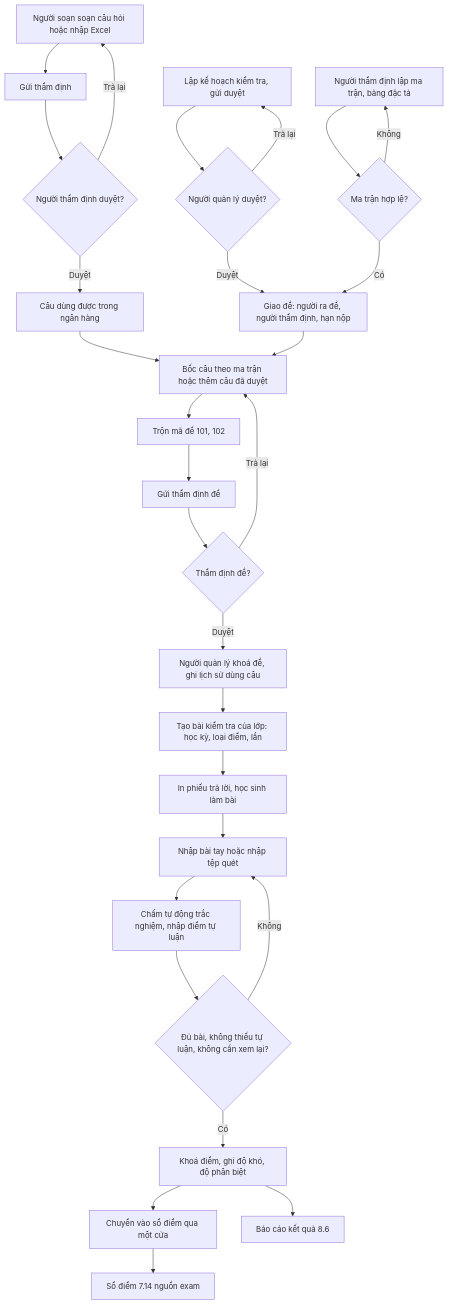
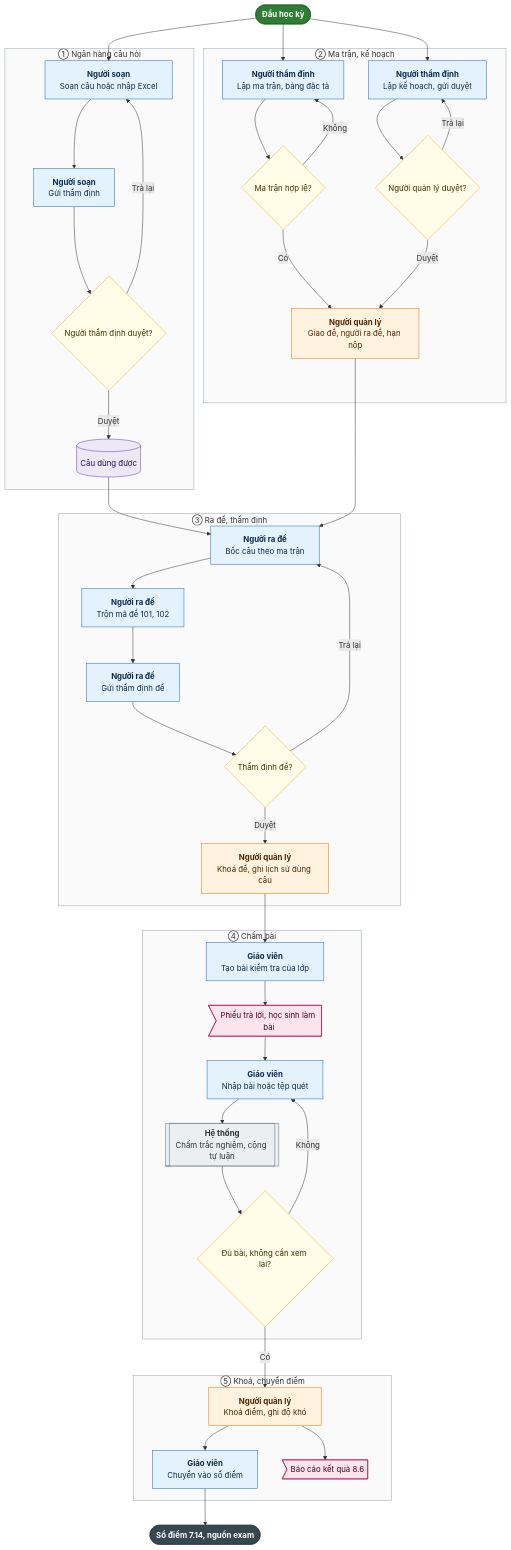
One commit to luckyshopvn/school_management changed diagram 13 of 17 in tai_lieu/34_TONG_HOP_CHUC_NANG_HE_THONG/03_DAY_HOC_VA_KIEM_TRA_DANH_GIA.md. Above: the diagram before and after it, drawn with Mermaid. The commit also changed other lines of this file and 8 other files, not shown here.

First line of the commit message:
Tài liệu 34: vẽ lại toàn bộ sơ đồ cho trực quan, thêm bản PDF gộp

````diff
--- a/tai_lieu/34_TONG_HOP_CHUC_NANG_HE_THONG/03_DAY_HOC_VA_KIEM_TRA_DANH_GIA.md
+++ b/tai_lieu/34_TONG_HOP_CHUC_NANG_HE_THONG/03_DAY_HOC_VA_KIEM_TRA_DANH_GIA.md
@@ -549,30 +910,84 @@
 ```mermaid
 flowchart TD
-    A["Người soạn soạn câu hỏi hoặc nhập Excel"] --> B["Gửi thẩm định"]
-    B --> C{"Người thẩm định duyệt?"}
-    C -->|"Trả lại"| A
-    C -->|"Duyệt"| D["Câu dùng được trong ngân hàng"]
-    E["Người thẩm định lập ma trận, bảng đặc tả"] --> F{"Ma trận hợp lệ?"}
-    F -->|"Không"| E
-    G["Lập kế hoạch kiểm tra, gửi duyệt"] --> H{"Người quản lý duyệt?"}
-    H -->|"Trả lại"| G
-    H -->|"Duyệt"| I["Giao đề: người ra đề, người thẩm định, hạn nộp"]
-    F -->|"Có"| I
-    D --> J["Bốc câu theo ma trận hoặc thêm câu đã duyệt"]
-    I --> J
-    J --> K["Trộn mã đề 101, 102"]
-    K --> L["Gửi thẩm định đề"]
-    L --> M{"Thẩm định đề?"}
-    M -->|"Trả lại"| J
-    M -->|"Duyệt"| N["Người quản lý khoá đề, ghi lịch sử dùng câu"]
-    N --> O["Tạo bài kiểm tra của lớp: học kỳ, loại điểm, lần"]
-    O --> P["In phiếu trả lời, học sinh làm bài"]
-    P --> Q["Nhập bài tay hoặc nhập tệp quét"]
-    Q --> R["Chấm tự động trắc nghiệm, nhập điểm tự luận"]
-    R --> S{"Đủ bài, không thiếu tự luận, không cần xem lại?"}
-    S -->|"Không"| Q
-    S -->|"Có"| T["Khoá điểm, ghi độ khó, độ phân biệt"]
-    T --> U["Chuyển vào sổ điểm qua một cửa"]
-    U --> V["Sổ điểm 7.14 nguồn exam"]
-    T --> W["Báo cáo kết quả 8.6"]
+  classDef batdau fill:#2e7d32,stroke:#1b5e20,color:#ffffff,font-weight:bold
+  classDef ketthuc fill:#37474f,stroke:#263238,color:#ffffff,font-weight:bold
+  classDef nguoi fill:#e3f2fd,stroke:#1565c0,color:#0d2a4a
+  classDef heth fill:#eceff1,stroke:#546e7a,color:#263238
+  classDef duyet fill:#fff3e0,stroke:#ef6c00,color:#4e2600
+  classDef hoi fill:#fffde7,stroke:#f9a825,color:#3e2f00
+  classDef bao fill:#fce4ec,stroke:#ad1457,color:#4a0020
+  classDef chan fill:#ffebee,stroke:#c62828,color:#5f0000
+  classDef dulieu fill:#ede7f6,stroke:#5e35b1,color:#1f0f4d
+
+  S(["Đầu học kỳ"]):::batdau
+
+  subgraph P1["① Ngân hàng câu hỏi"]
+    A1["<b>Người soạn</b><br/>Soạn câu hoặc nhập Excel"]:::nguoi
+    A2["<b>Người soạn</b><br/>Gửi thẩm định"]:::nguoi
+    A3{"Người thẩm định duyệt?"}:::hoi
+    A4[("Câu dùng được")]:::dulieu
+    A1 --> A2 --> A3
+    A3 -->|"Trả lại"| A1
+    A3 -->|"Duyệt"| A4
+  end
+
+  subgraph P2["② Ma trận, kế hoạch"]
+    B1["<b>Người thẩm định</b><br/>Lập ma trận, bảng đặc tả"]:::nguoi
+    B2{"Ma trận hợp lệ?"}:::hoi
+    B3["<b>Người thẩm định</b><br/>Lập kế hoạch, gửi duyệt"]:::nguoi
+    B4{"Người quản lý duyệt?"}:::hoi
+    B5["<b>Người quản lý</b><br/>Giao đề, người ra đề, hạn nộp"]:::duyet
+    B1 --> B2
+    B2 -->|"Không"| B1
+    B3 --> B4
+    B4 -->|"Trả lại"| B3
+    B2 -->|"Có"| B5
+    B4 -->|"Duyệt"| B5
+  end
+
+  subgraph P3["③ Ra đề, thẩm định"]
+    C1["<b>Người ra đề</b><br/>Bốc câu theo ma trận"]:::nguoi
+    C2["<b>Người ra đề</b><br/>Trộn mã đề 101, 102"]:::nguoi
+    C3["<b>Người ra đề</b><br/>Gửi thẩm định đề"]:::nguoi
+    C4{"Thẩm định đề?"}:::hoi
+    C5["<b>Người quản lý</b><br/>Khoá đề, ghi lịch sử dùng câu"]:::duyet
+    C1 --> C2 --> C3 --> C4
+    C4 -->|"Trả lại"| C1
+    C4 -->|"Duyệt"| C5
+  end
+
+  subgraph P4["④ Chấm bài"]
+    D1["<b>Giáo viên</b><br/>Tạo bài kiểm tra của lớp"]:::nguoi
+    D2>"Phiếu trả lời, học sinh làm bài"]:::bao
+    D3["<b>Giáo viên</b><br/>Nhập bài hoặc tệp quét"]:::nguoi
+    D4[["<b>Hệ thống</b><br/>Chấm trắc nghiệm, cộng tự luận"]]:::heth
+    D5{"Đủ bài, không cần xem lại?"}:::hoi
+    D1 --> D2 --> D3 --> D4 --> D5
+    D5 -->|"Không"| D3
+  end
+
+  subgraph P5["⑤ Khoá, chuyển điểm"]
+    E1["<b>Người quản lý</b><br/>Khoá điểm, ghi độ khó"]:::duyet
+    E2["<b>Giáo viên</b><br/>Chuyển vào sổ điểm"]:::nguoi
+    E3>"Báo cáo kết quả 8.6"]:::bao
+    E1 --> E2
+    E1 --> E3
+  end
+
+  K(["Sổ điểm 7.14, nguồn exam"]):::ketthuc
+
+  S --> A1
+  S --> B1
+  S --> B3
+  A4 --> C1
+  B5 --> C1
+  C5 --> D1
+  D5 -->|"Có"| E1
+  E2 --> K
+
+  style P1 fill:#fafafa,stroke:#90a4ae
+  style P2 fill:#fafafa,stroke:#90a4ae
+  style P3 fill:#fafafa,stroke:#90a4ae
+  style P4 fill:#fafafa,stroke:#90a4ae
+  style P5 fill:#fafafa,stroke:#90a4ae
 ```
````
